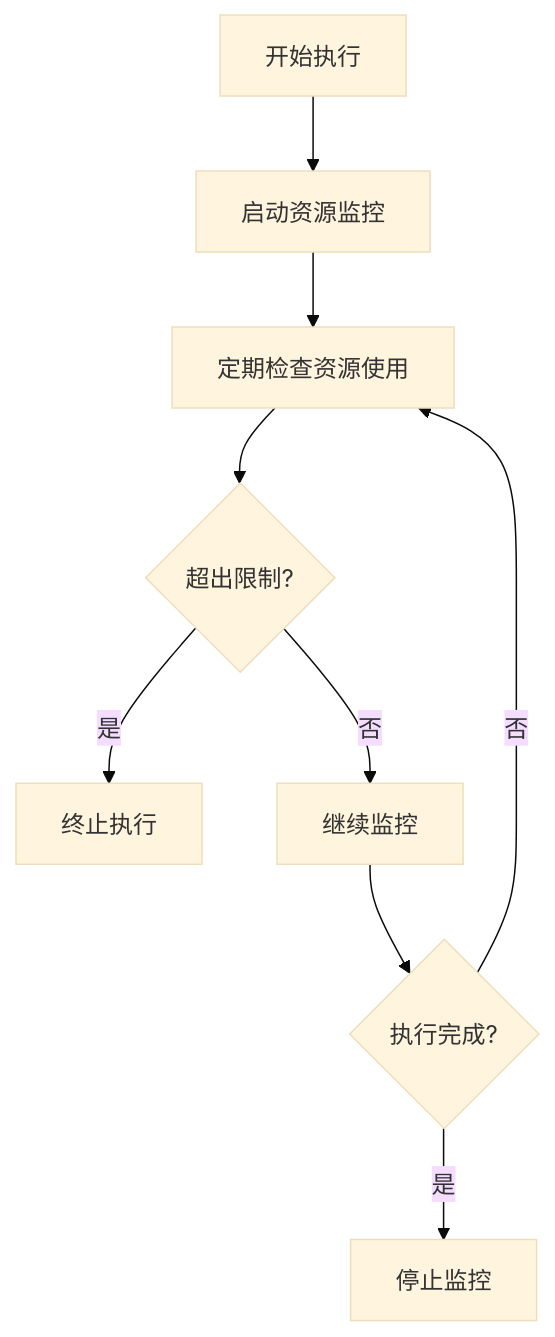
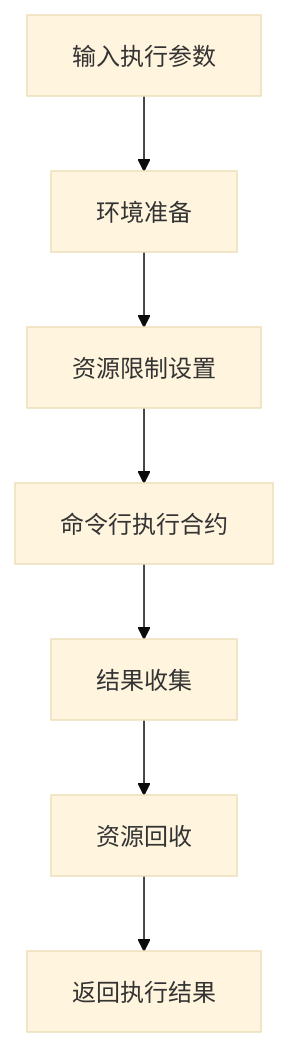
Before and after one commit to lengzhao/vm: the second of 3 diagrams in docs/detailed_design/execution_environment_detailed_design.md, drawn with Mermaid (base theme). The commit also changed other lines of this file and 12 other files, not shown here.

````diff
--- a/docs/detailed_design/execution_environment_detailed_design.md
+++ b/docs/detailed_design/execution_environment_detailed_design.md
@@ -123,11 +107,9 @@
 ```mermaid
 graph TD
-A[开始执行] --> B[启动资源监控]
-B --> C[定期检查资源使用]
-C --> D{超出限制?}
-D --> |是| E[终止执行]
-D --> |否| F[继续监控]
-F --> G{执行完成?}
-G --> |是| H[停止监控]
-G --> |否| C
+A[输入执行参数] --> B[环境准备]
+B --> C[资源限制设置]
+C --> D[命令行执行合约]
+D --> E[结果收集]
+E --> F[资源回收]
+F --> G[返回执行结果]
 ```
````
